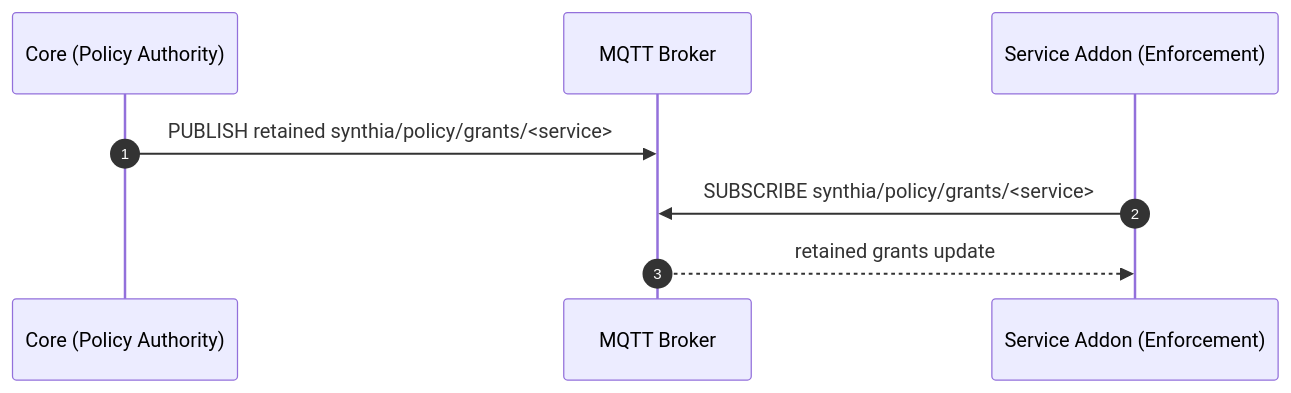
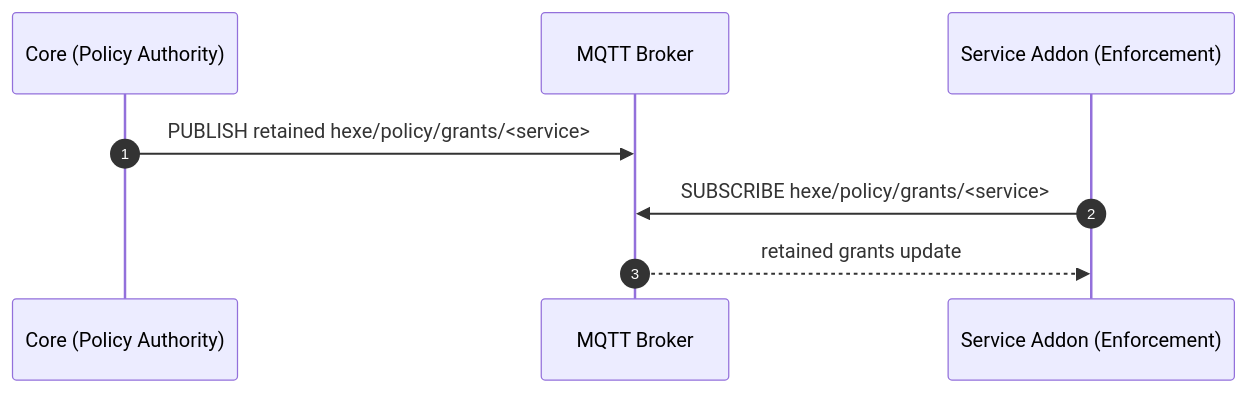
The fifth of 8 diagrams in core/docs/standards/distributed-addon-sequence-diagrams-v0-1.md (danhajduk/HexeCore), drawn with Mermaid before and after one commit. The commit also changed other lines of this file and 64 other files, not shown here.

````diff
--- a/core/docs/standards/distributed-addon-sequence-diagrams-v0-1.md
+++ b/core/docs/standards/distributed-addon-sequence-diagrams-v0-1.md
@@ -95,11 +95,11 @@
 ```mermaid
 sequenceDiagram
   autonumber
   participant C as Core (Policy Authority)
   participant M as MQTT Broker
   participant S as Service Addon (Enforcement)
 
-  C->>M: PUBLISH retained synthia/policy/grants/<service>
-  S->>M: SUBSCRIBE synthia/policy/grants/<service>
+  C->>M: PUBLISH retained hexe/policy/grants/<service>
+  S->>M: SUBSCRIBE hexe/policy/grants/<service>
   M-->>S: retained grants update
 ```
````
